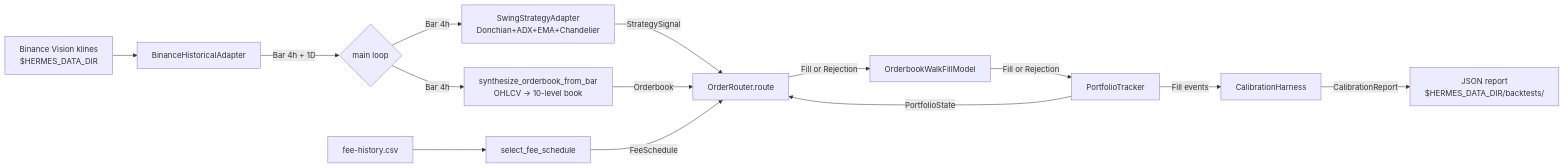
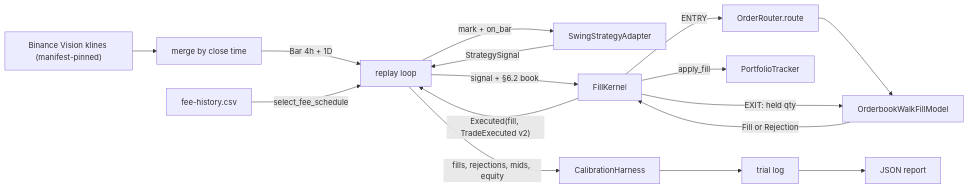
Before and after one commit to ricardoafo/hermes: the diagram in openspec/changes/backtest-driver-mvp1-phase2/change.md, drawn with Mermaid. The commit also changed other lines of this file and 1 other file, not shown here.

````diff
--- a/openspec/changes/backtest-driver-mvp1-phase2/change.md
+++ b/openspec/changes/backtest-driver-mvp1-phase2/change.md
@@ -148,16 +147,17 @@
 ```mermaid
 flowchart LR
-    Vision["Binance Vision klines\n$HERMES_DATA_DIR"] --> BHA[BinanceHistoricalAdapter]
-    BHA -->|Bar 4h + 1D| Loop{main loop}
-    Loop -->|Bar 4h| Strategy[SwingStrategyAdapter\nDonchian+ADX+EMA+Chandelier]
-    Loop -->|Bar 4h| SyntheticOB[synthesize_orderbook_from_bar\nOHLCV -> 10-level book]
-    Strategy -->|StrategySignal| Router[OrderRouter.route]
-    SyntheticOB -->|Orderbook| Router
-    FeeCSV["fee-history.csv"] --> Selector[select_fee_schedule]
-    Selector -->|FeeSchedule| Router
-    Tracker[PortfolioTracker] -->|PortfolioState| Router
-    Router -->|Fill or Rejection| FillModel[OrderbookWalkFillModel]
-    FillModel -->|Fill or Rejection| Tracker
-    Tracker -->|Fill events| Harness[CalibrationHarness]
-    Harness -->|CalibrationReport| JSON["JSON report\n$HERMES_DATA_DIR/backtests/"]
+    Vision["Binance Vision klines (manifest-pinned)"] --> Merge[merge by close time]
+    Merge -->|Bar 4h + 1D| Replay[replay loop]
+    Replay -->|mark + on_bar| Strategy[SwingStrategyAdapter]
+    Strategy -->|StrategySignal| Replay
+    Replay -->|"signal + §6.2 book"| Kernel[FillKernel]
+    FeeCSV[fee-history.csv] -->|select_fee_schedule| Replay
+    Kernel -->|ENTRY| Router[OrderRouter.route]
+    Router --> FillModel[OrderbookWalkFillModel]
+    Kernel -->|EXIT: held qty| FillModel
+    FillModel -->|Fill or Rejection| Kernel
+    Kernel -->|apply_fill| Tracker[PortfolioTracker]
+    Kernel -->|"Executed(fill, TradeExecuted v2)"| Replay
+    Replay -->|fills, rejections, mids, equity| Harness[CalibrationHarness]
+    Harness --> Trial[trial log] --> JSON[JSON report]
 ```
````
